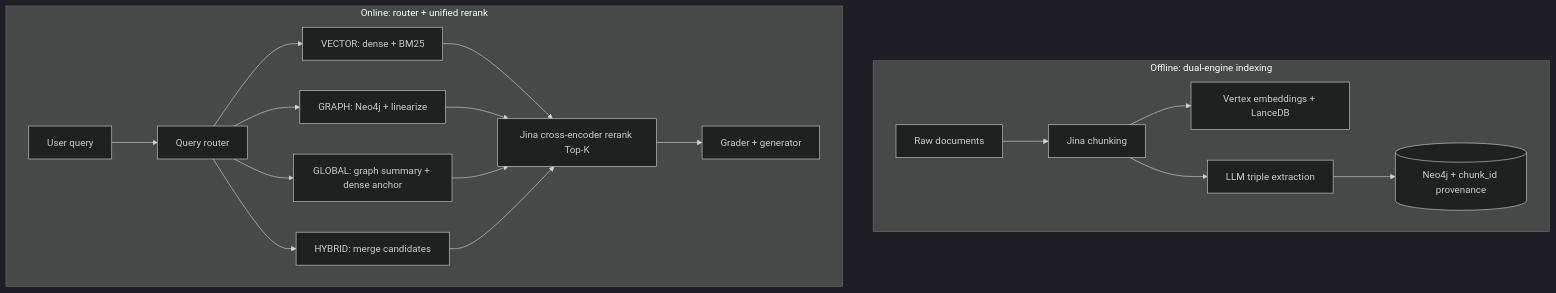
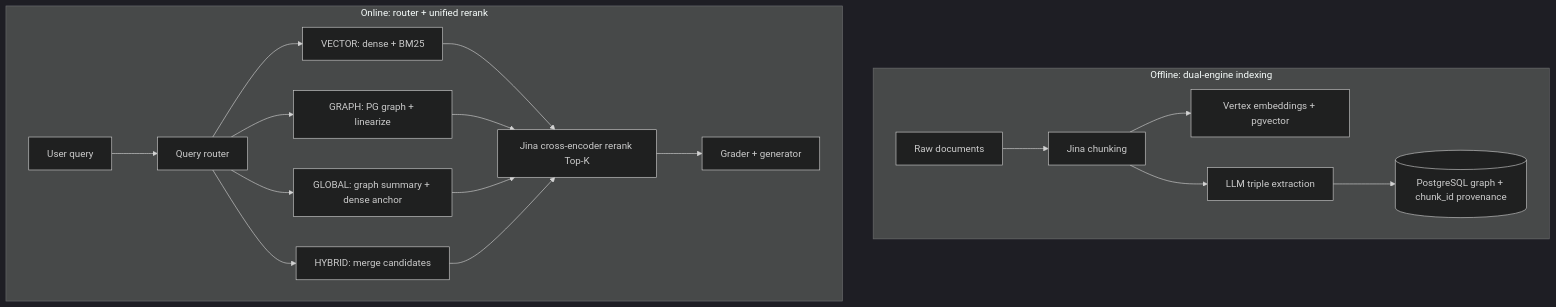
Before and after one commit to ordiy/DynaSense-RAG: the diagram in README.md, drawn with Mermaid (dark theme). The commit also changed other lines of this file and 55 other files, not shown here.

First line of the commit message:
feat: PostgreSQL-only storage; multi-passage grader/generator (Bitter Lesson)

````diff
--- a/README.md
+++ b/README.md
@@ -184,21 +184,21 @@
 ```mermaid
 flowchart TB
   subgraph ingest["Offline: dual-engine indexing"]
     D[Raw documents] --> J[Jina chunking]
-    J --> E[Vertex embeddings + LanceDB]
+    J --> E[Vertex embeddings + pgvector]
     J --> T[LLM triple extraction]
-    T --> N[(Neo4j + chunk_id provenance)]
+    T --> N[(PostgreSQL graph + chunk_id provenance)]
   end
   subgraph online["Online: router + unified rerank"]
     Q[User query] --> R[Query router]
     R --> V[VECTOR: dense + BM25]
-    R --> G[GRAPH: Neo4j + linearize]
+    R --> G[GRAPH: PG graph + linearize]
     R --> GL[GLOBAL: graph summary + dense anchor]
     R --> HY[HYBRID: merge candidates]
     V --> RR[Jina cross-encoder rerank Top-K]
     G --> RR
     GL --> RR
     HY --> RR
     RR --> P[Grader + generator]
   end
 ```
````
